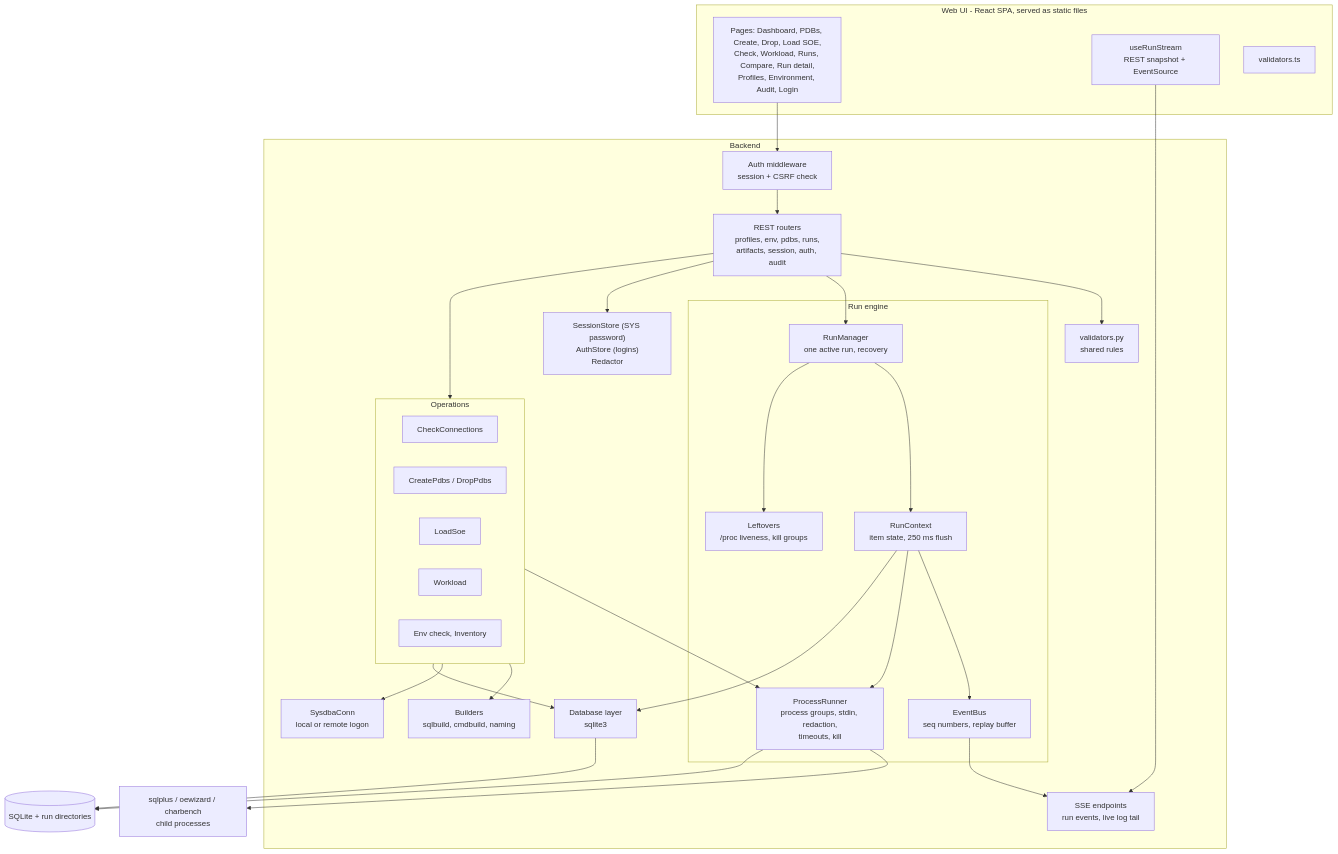
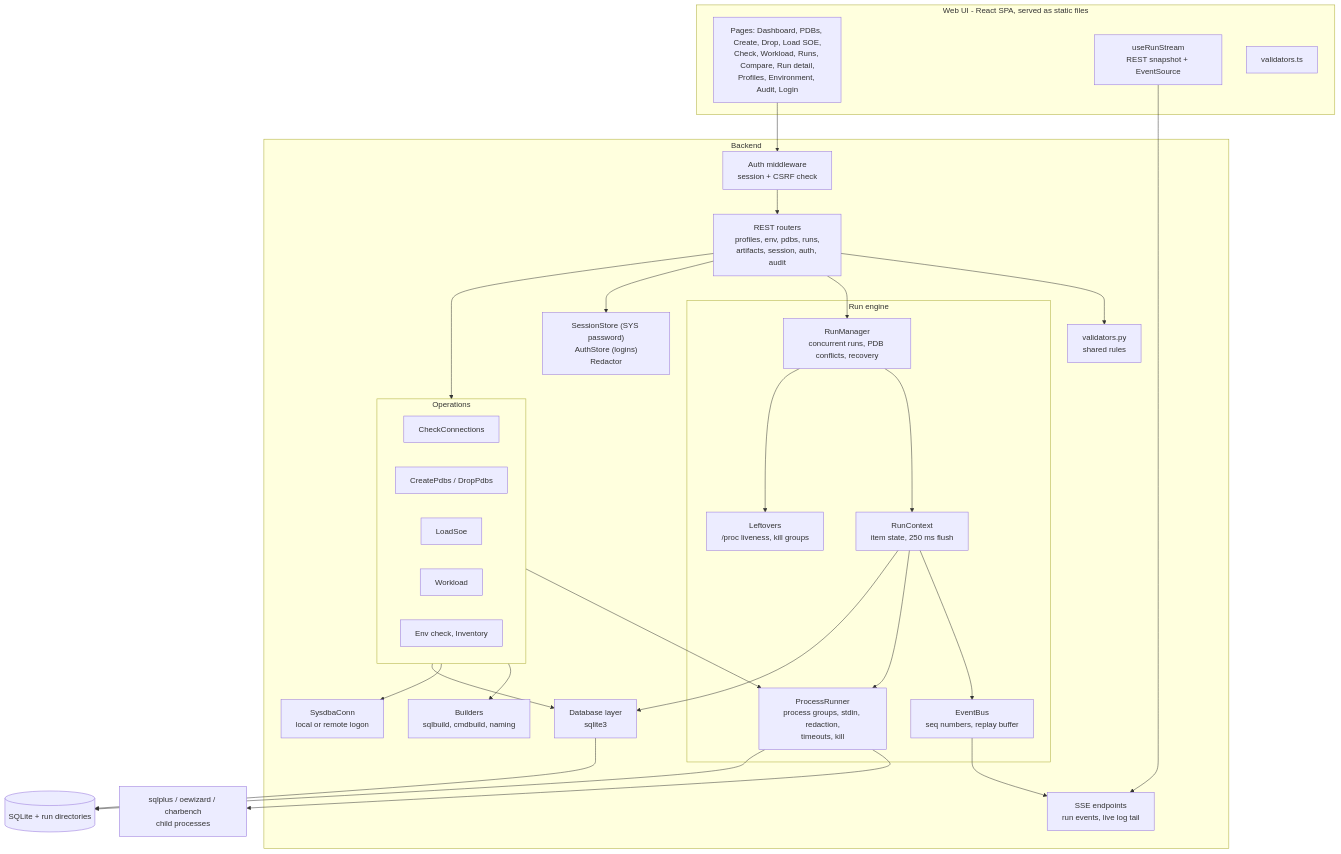
The sixth of 24 diagrams in docs/IT-ARCHITECTURE.md (paulofp79/EasyOracleWorkloadCreation), drawn with Mermaid before and after one commit. The commit also changed other lines of this file and 25 other files, not shown here.

````diff
--- a/docs/IT-ARCHITECTURE.md
+++ b/docs/IT-ARCHITECTURE.md
@@ -194,52 +194,52 @@
 ```mermaid
 flowchart TB
     subgraph FE["Web UI - React SPA, served as static files"]
         PAGES["Pages: Dashboard, PDBs, Create, Drop, Load SOE,<br/>Check, Workload, Runs, Compare, Run detail,<br/>Profiles, Environment, Audit, Login"]
         STREAM["useRunStream<br/>REST snapshot + EventSource"]
         VALTS["validators.ts"]
     end
     subgraph BE["Backend"]
         MW["Auth middleware<br/>session + CSRF check"]
         API["REST routers<br/>profiles, env, pdbs, runs,<br/>artifacts, session, auth, audit"]
         SSE["SSE endpoints<br/>run events, live log tail"]
         VAL["validators.py<br/>shared rules"]
         subgraph ENG["Run engine"]
-            RM["RunManager<br/>one active run, recovery"]
+            RM["RunManager<br/>concurrent runs, PDB conflicts, recovery"]
             CTX["RunContext<br/>item state, 250 ms flush"]
             BUS["EventBus<br/>seq numbers, replay buffer"]
             PR["ProcessRunner<br/>process groups, stdin, redaction,<br/>timeouts, kill"]
             LO["Leftovers<br/>/proc liveness, kill groups"]
         end
         subgraph OPS["Operations"]
             OCHK["CheckConnections"]
             OCRE["CreatePdbs / DropPdbs"]
             OLOAD["LoadSoe"]
             OWL["Workload"]
             OENV["Env check, Inventory"]
         end
         BLD["Builders<br/>sqlbuild, cmdbuild, naming"]
         SYS["SysdbaConn<br/>local or remote logon"]
         SEC["SessionStore (SYS password)<br/>AuthStore (logins)<br/>Redactor"]
         DBL["Database layer<br/>sqlite3"]
     end
     EXT["sqlplus / oewizard / charbench<br/>child processes"]
     STORE[("SQLite + run directories")]
 
     PAGES --> MW --> API
     STREAM --> SSE
     API --> VAL
     API --> RM
     API --> OPS
     RM --> CTX --> BUS --> SSE
     OPS --> BLD
     OPS --> SYS
     OPS --> PR
     CTX --> PR
     PR --> EXT
     RM --> LO
     API --> SEC
     OPS --> DBL
     CTX --> DBL
     DBL --> STORE
     PR --> STORE
 ```
````
